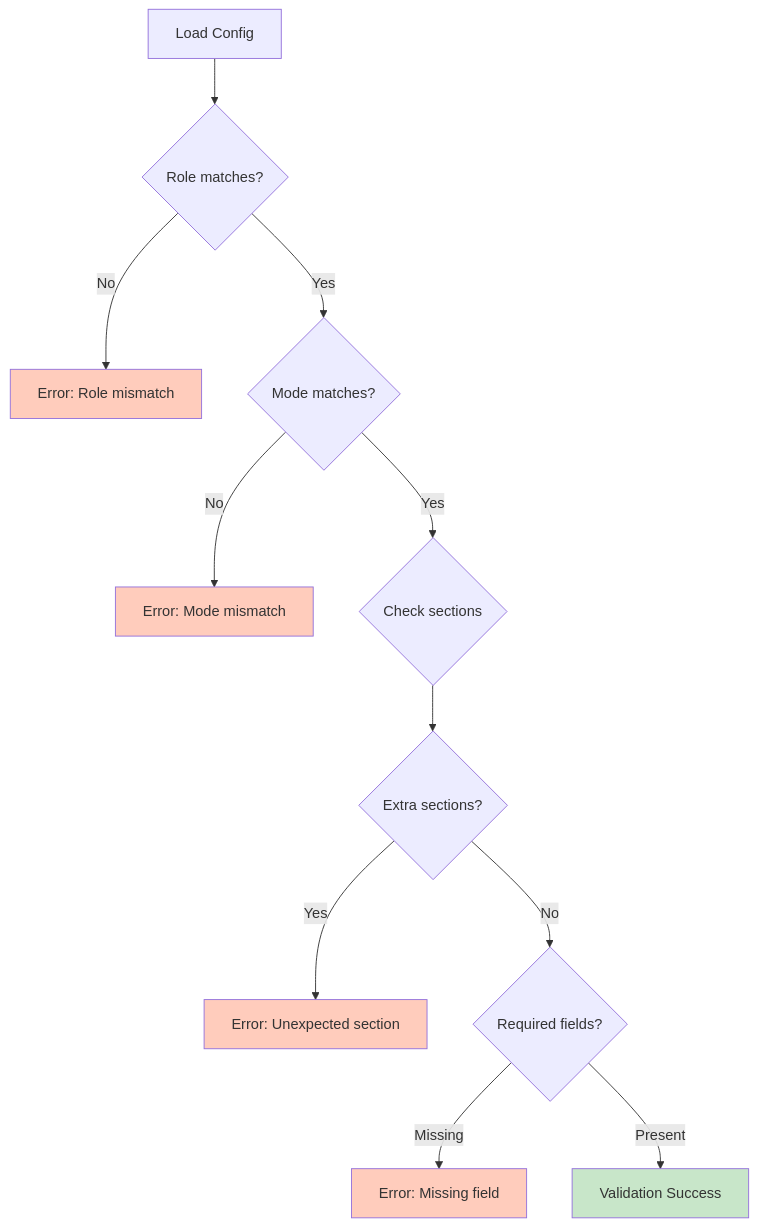
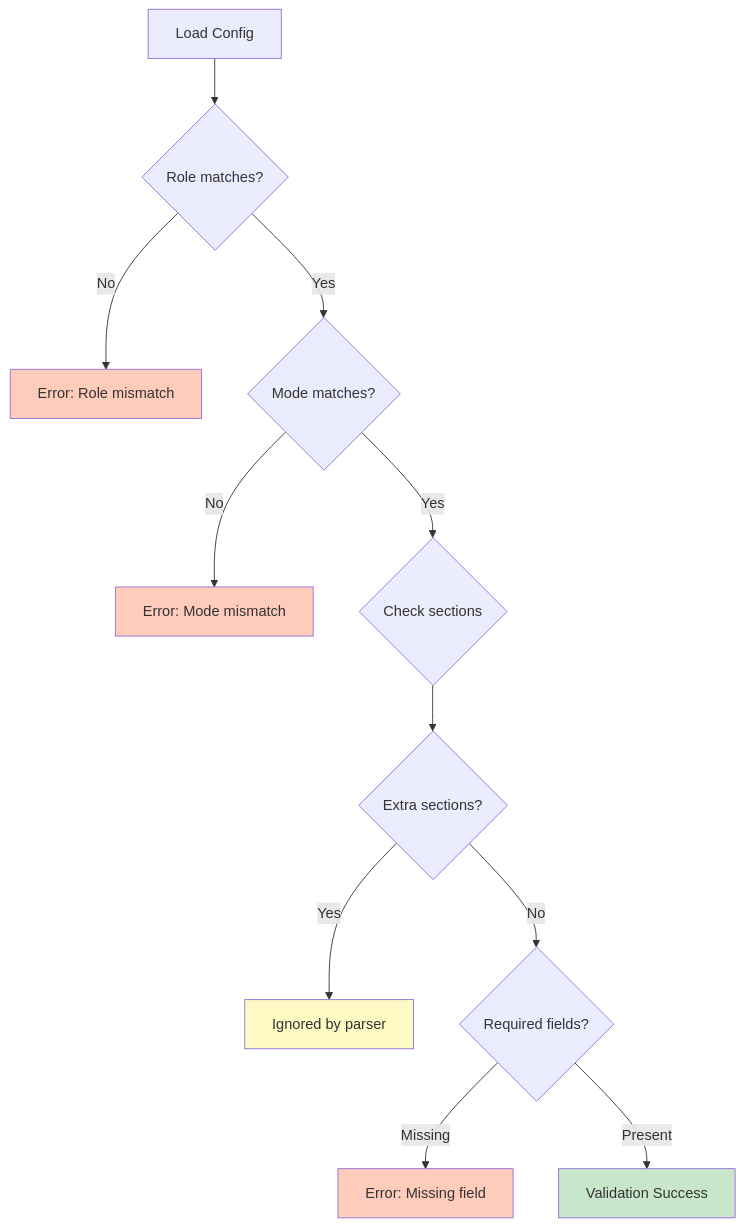
Diagram 24 of 35 in docs/ARCHITECTURE.md (andrewtheguy/vpn-rs), drawn with Mermaid before and after one commit. The commit also changed other lines of this file and 2 other files, not shown here.

````diff
--- a/docs/ARCHITECTURE.md
+++ b/docs/ARCHITECTURE.md
@@ -1039,21 +1039,21 @@
 ```mermaid
 graph TB
     A[Load Config] --> B{Role matches?}
     B -->|No| C[Error: Role mismatch]
     B -->|Yes| D{Mode matches?}
     D -->|No| E[Error: Mode mismatch]
     D -->|Yes| F{Check sections}
     
     F --> G{Extra sections?}
-    G -->|Yes| H[Error: Unexpected section]
+    G -->|Yes| H[Ignored by parser]
     G -->|No| I{Required fields?}
     
     I -->|Missing| J[Error: Missing field]
     I -->|Present| K[Validation Success]
     
     style C fill:#FFCCBC
     style E fill:#FFCCBC
-    style H fill:#FFCCBC
+    style H fill:#FFF9C4
     style J fill:#FFCCBC
     style K fill:#C8E6C9
 ```
````
